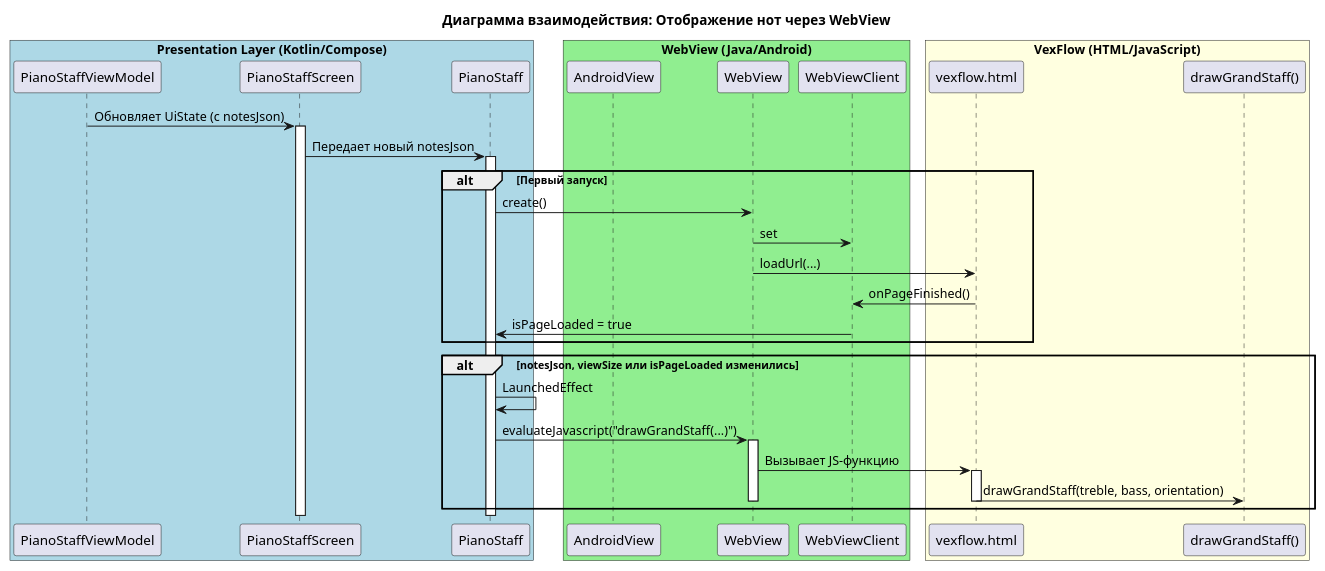
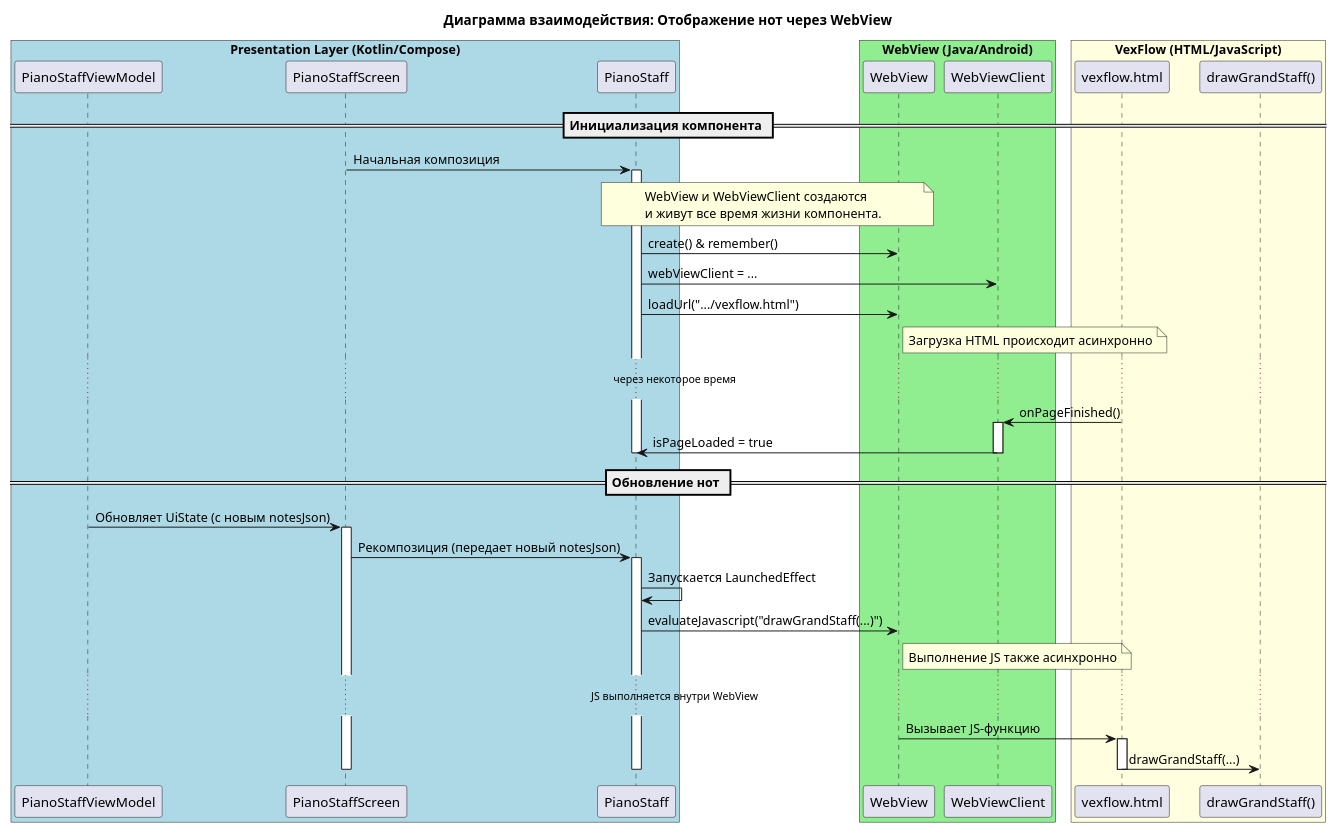
One commit to astrizhachuk/PianoFlow changed the seventh of 7 diagrams in docs/ru/ts/MIDI_MESSAGE_PROCESSING.md. Above: the diagram before and after it, drawn with PlantUML.

Commit message:
docs: детализировать диаграмму отображения нот
Диаграмма последовательности, описывающая взаимодействие `StaffComposable` и `WebView`, была обновлена и детализирована.

**Основные изменения:**

*   **Разделение на фазы:** Диаграмма теперь разделена на два основных сценария: "Инициализация компонента" и "Обновление нот", что улучшает её читаемость.
*   **Уточнение жизненного цикла:** Добавлены примечания, поясняющие, что `WebView` и `WebViewClient` создаются один раз и существуют в течение всего жизненного цикла `StaffComposable`.
*   **Визуализация асинхронности:** В диаграмму включены заметки, явно указывающие на асинхронную природу загрузки HTML-страницы и выполнения JavaScript-кода в `WebView`.
*   **Коррекция участников:** Удален лишний участник `AndroidView` из диаграммы.

````diff
--- a/docs/ru/ts/MIDI_MESSAGE_PROCESSING.md
+++ b/docs/ru/ts/MIDI_MESSAGE_PROCESSING.md
@@ -426,51 +426,66 @@
 ```plantuml
 @startuml
 title Диаграмма взаимодействия: Отображение нот через WebView
 
 box "Presentation Layer (Kotlin/Compose)" #LightBlue
     participant "PianoStaffViewModel" as VM
     participant "PianoStaffScreen" as Screen
     participant "PianoStaff" as StaffComposable
 end box
 
 box "WebView (Java/Android)" #LightGreen
-    participant "AndroidView" as AndroidView
     participant "WebView" as WebView
     participant "WebViewClient" as WebViewClient
 end box
 
 box "VexFlow (HTML/JavaScript)" #LightYellow
     participant "vexflow.html" as HtmlPage
     participant "drawGrandStaff()" as DrawJsFunc
 end box
 
-VM -> Screen : Обновляет UiState (с notesJson)
+== Инициализация компонента ==
+
+Screen -> StaffComposable : Начальная композиция
+activate StaffComposable
+
+note over StaffComposable, WebView: WebView и WebViewClient создаются\nи живут все время жизни компонента.
+
+StaffComposable -> WebView : create() & remember()
+StaffComposable -> WebViewClient : webViewClient = ...
+StaffComposable -> WebView : loadUrl(".../vexflow.html")
+
+note right of WebView: Загрузка HTML происходит асинхронно
+
+... через некоторое время ...
+
+HtmlPage -> WebViewClient : onPageFinished()
+activate WebViewClient
+WebViewClient -> StaffComposable : isPageLoaded = true
+deactivate WebViewClient
+
+deactivate StaffComposable
+
+== Обновление нот ==
+
+VM -> Screen : Обновляет UiState (с новым notesJson)
 activate Screen
 
-Screen -> StaffComposable : Передает новый notesJson
+Screen -> StaffComposable : Рекомпозиция (передает новый notesJson)
 activate StaffComposable
 
-alt Первый запуск
-    StaffComposable -> WebView : create()
-    WebView -> WebViewClient : set
-    WebView -> HtmlPage : loadUrl(...)
-    HtmlPage -> WebViewClient : onPageFinished()
-    WebViewClient -> StaffComposable : isPageLoaded = true
-end
+StaffComposable -> StaffComposable : Запускается LaunchedEffect
+StaffComposable -> WebView : evaluateJavascript("drawGrandStaff(...)")
 
-alt notesJson, viewSize или isPageLoaded изменились
-    StaffComposable -> StaffComposable : LaunchedEffect
-    StaffComposable -> WebView : evaluateJavascript("drawGrandStaff(...)")
-    activate WebView
-    WebView -> HtmlPage : Вызывает JS-функцию
-    activate HtmlPage
-    HtmlPage -> DrawJsFunc : drawGrandStaff(treble, bass, orientation)
-    deactivate HtmlPage
-    deactivate WebView
-end
+note right of WebView: Выполнение JS также асинхронно
+
+... JS выполняется внутри WebView ...
+WebView -> HtmlPage : Вызывает JS-функцию
+activate HtmlPage
+HtmlPage -> DrawJsFunc : drawGrandStaff(...)
+deactivate HtmlPage
+
 deactivate StaffComposable
 deactivate Screen
 
-
 @enduml
 ```
````
